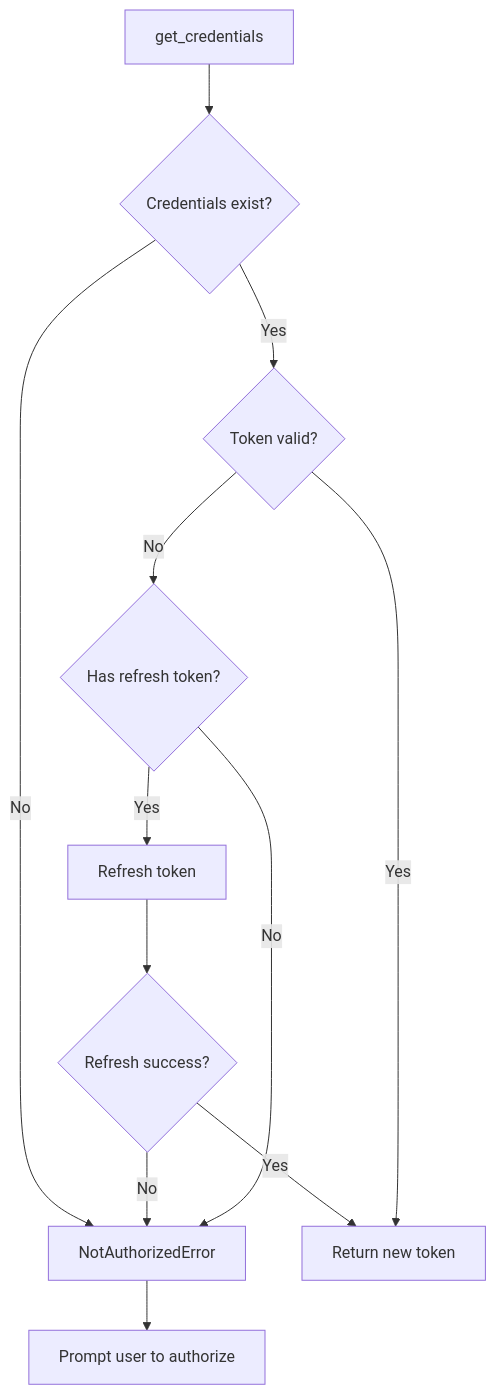
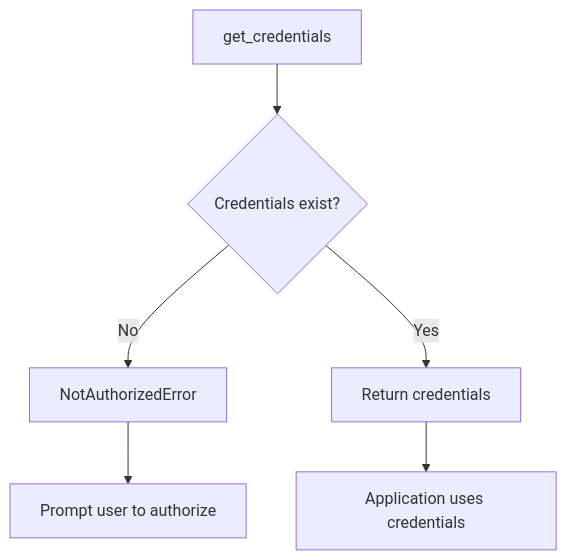
One commit to universal-mcp/universal-mcp changed the third of 3 diagrams in docs/architecture/auth-flow.md. Above: the diagram before and after it, drawn with Mermaid. The commit also changed other lines of this file and 34 other files, not shown here.

First line of the commit message:
refactor: Transform to single-user SDK with modern architecture

````diff
--- a/docs/architecture/auth-flow.md
+++ b/docs/architecture/auth-flow.md
@@ -317,16 +120,9 @@
 ```mermaid
 graph TD
     A[get_credentials] --> B{Credentials exist?}
     B -->|No| C[NotAuthorizedError]
     C --> D[Prompt user to authorize]
 
-    B -->|Yes| E{Token valid?}
-    E -->|No| F{Has refresh token?}
-    F -->|Yes| G[Refresh token]
-    G --> H{Refresh success?}
-    H -->|Yes| I[Return new token]
-    H -->|No| C
-
-    F -->|No| C
-    E -->|Yes| I
+    B -->|Yes| E[Return credentials]
+    E --> F[Application uses credentials]
 ```
````
